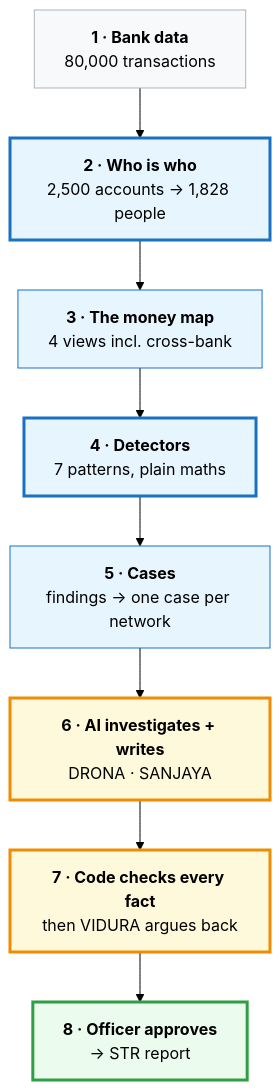
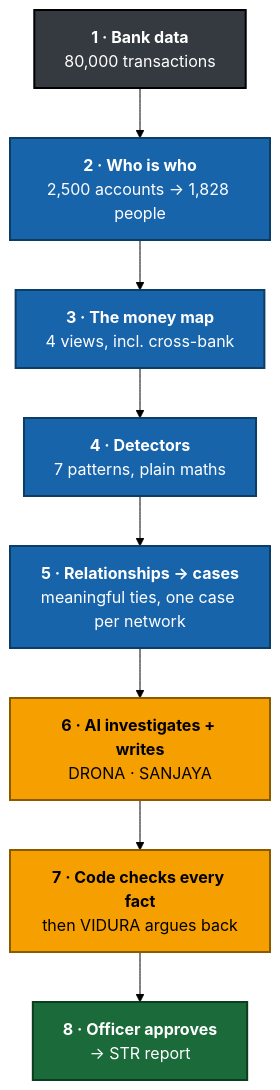
The first of 7 diagrams in README.md (akarshncodes/chakravyuh), drawn with Mermaid (forest theme) before and after one commit. The commit also changed other lines of this file, not shown here.

First line of the commit message:
docs: open with the hook, add solution mapping, add self-learning roadmap

````diff
--- a/README.md
+++ b/README.md
@@ -85,22 +137,23 @@
 ```mermaid
 flowchart TD
+    classDef data fill:#343a40,stroke:#000000,stroke-width:2px,color:#ffffff
+    classDef code fill:#1864ab,stroke:#0b3d66,stroke-width:2px,color:#ffffff
+    classDef ai fill:#f59f00,stroke:#8a5a00,stroke-width:2px,color:#000000
+    classDef human fill:#1b6b3a,stroke:#0b3d1f,stroke-width:2px,color:#ffffff
+
     A["<b>1 · Bank data</b><br/>80,000 transactions"]
     B["<b>2 · Who is who</b><br/>2,500 accounts → 1,828 people"]
-    C["<b>3 · The money map</b><br/>4 views incl. cross-bank"]
+    C["<b>3 · The money map</b><br/>4 views, incl. cross-bank"]
     D["<b>4 · Detectors</b><br/>7 patterns, plain maths"]
-    E["<b>5 · Cases</b><br/>findings → one case per network"]
+    E["<b>5 · Relationships → cases</b><br/>meaningful ties, one case per network"]
     F["<b>6 · AI investigates + writes</b><br/>DRONA · SANJAYA"]
     G["<b>7 · Code checks every fact</b><br/>then VIDURA argues back"]
     H["<b>8 · Officer approves</b><br/>→ STR report"]
 
     A --> B --> C --> D --> E --> F --> G --> H
 
-    style A fill:#f8f9fa,stroke:#adb5bd
-    style B fill:#e7f5ff,stroke:#1971c2,stroke-width:3px
-    style C fill:#e7f5ff,stroke:#1971c2
-    style D fill:#e7f5ff,stroke:#1971c2,stroke-width:3px
-    style E fill:#e7f5ff,stroke:#1971c2
-    style F fill:#fff9db,stroke:#f08c00,stroke-width:3px
-    style G fill:#fff9db,stroke:#f08c00,stroke-width:3px
-    style H fill:#ebfbee,stroke:#2f9e44,stroke-width:3px
+    class A data
+    class B,C,D,E code
+    class F,G ai
+    class H human
 ```
````
